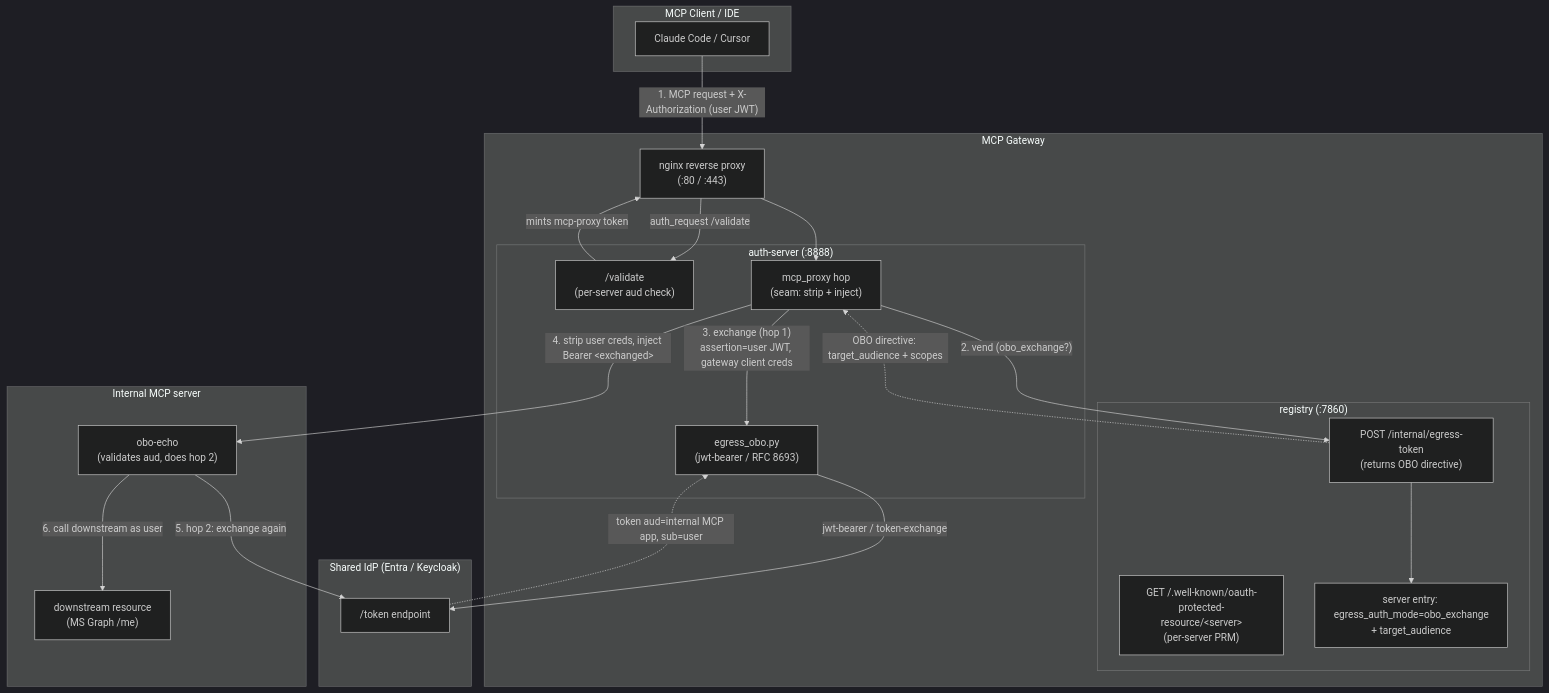
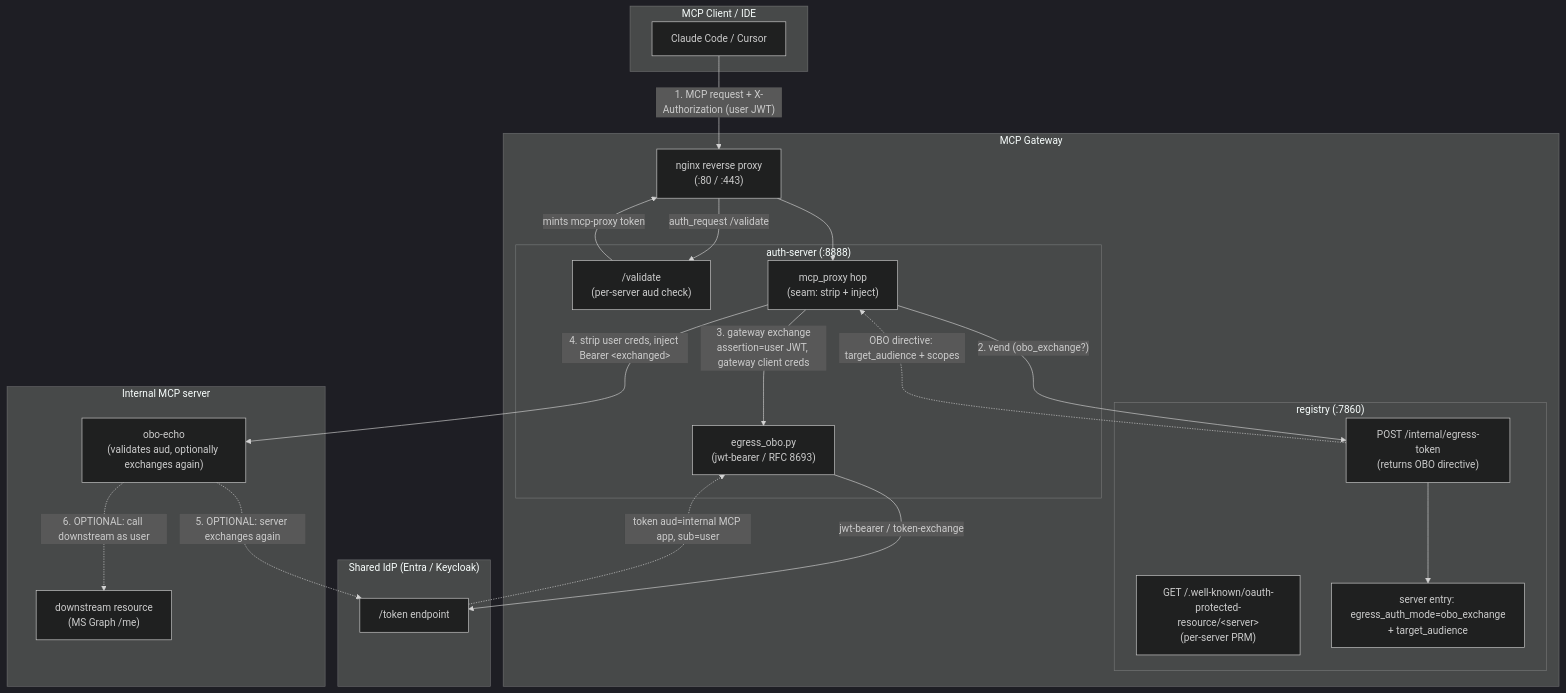
The first of 2 diagrams in docs/obo-token-exchange.md (agentic-community/mcp-gateway-registry), drawn with Mermaid (dark theme) before and after one commit. The commit also changed other lines of this file and 7 other files, not shown here.

First line of the commit message:
make first-party resources an always-on obo floor; drop hop-1/hop-2 framing

````diff
--- a/docs/obo-token-exchange.md
+++ b/docs/obo-token-exchange.md
@@ -98,43 +119,43 @@
 ```mermaid
 graph TB
     subgraph client["MCP Client / IDE"]
         IDE["Claude Code / Cursor"]
     end
 
     subgraph gw["MCP Gateway"]
         NGINX["nginx reverse proxy<br/>(:80 / :443)"]
         subgraph reg["registry (:7860)"]
             PRM["GET /.well-known/oauth-protected-resource/&lt;server&gt;<br/>(per-server PRM)"]
             VEND["POST /internal/egress-token<br/>(returns OBO directive)"]
             CFG["server entry: egress_auth_mode=obo_exchange<br/>+ target_audience"]
         end
         subgraph auth["auth-server (:8888)"]
             VALIDATE["/validate<br/>(per-server aud check)"]
             PROXY["mcp_proxy hop<br/>(seam: strip + inject)"]
             OBO["egress_obo.py<br/>(jwt-bearer / RFC 8693)"]
         end
     end
 
     subgraph idp["Shared IdP (Entra / Keycloak)"]
         TOKEN["/token endpoint"]
     end
 
     subgraph mcp["Internal MCP server"]
-        SRV["obo-echo<br/>(validates aud, does hop 2)"]
+        SRV["obo-echo<br/>(validates aud, optionally exchanges again)"]
         GRAPH["downstream resource<br/>(MS Graph /me)"]
     end
 
     IDE -->|"1. MCP request + X-Authorization (user JWT)"| NGINX
     NGINX -->|"auth_request /validate"| VALIDATE
     VALIDATE -->|"mints mcp-proxy token"| NGINX
     NGINX --> PROXY
     PROXY -->|"2. vend (obo_exchange?)"| VEND
     VEND --> CFG
     VEND -.->|"OBO directive: target_audience + scopes"| PROXY
-    PROXY -->|"3. exchange (hop 1)<br/>assertion=user JWT, gateway client creds"| OBO
+    PROXY -->|"3. gateway exchange<br/>assertion=user JWT, gateway client creds"| OBO
     OBO -->|"jwt-bearer / token-exchange"| TOKEN
     TOKEN -.->|"token aud=internal MCP app, sub=user"| OBO
     PROXY -->|"4. strip user creds, inject Bearer &lt;exchanged&gt;"| SRV
-    SRV -->|"5. hop 2: exchange again"| TOKEN
-    SRV -->|"6. call downstream as user"| GRAPH
+    SRV -.->|"5. OPTIONAL: server exchanges again"| TOKEN
+    SRV -.->|"6. OPTIONAL: call downstream as user"| GRAPH
 ```
````
